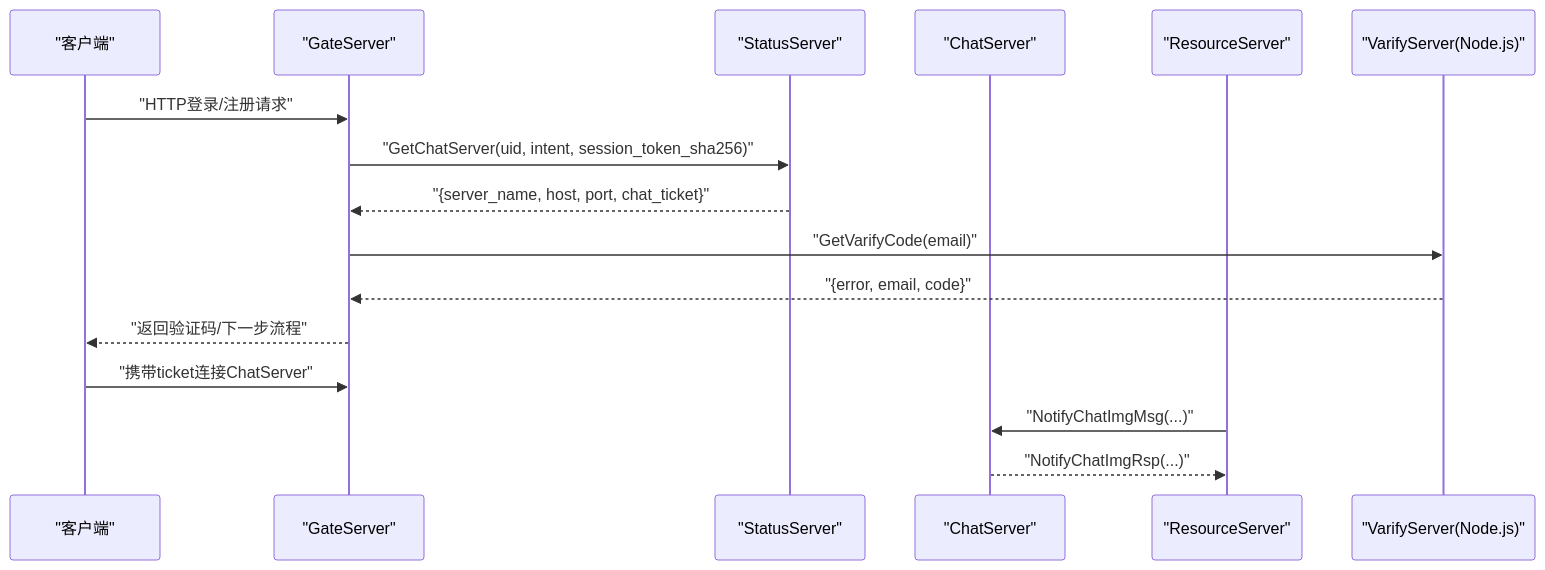
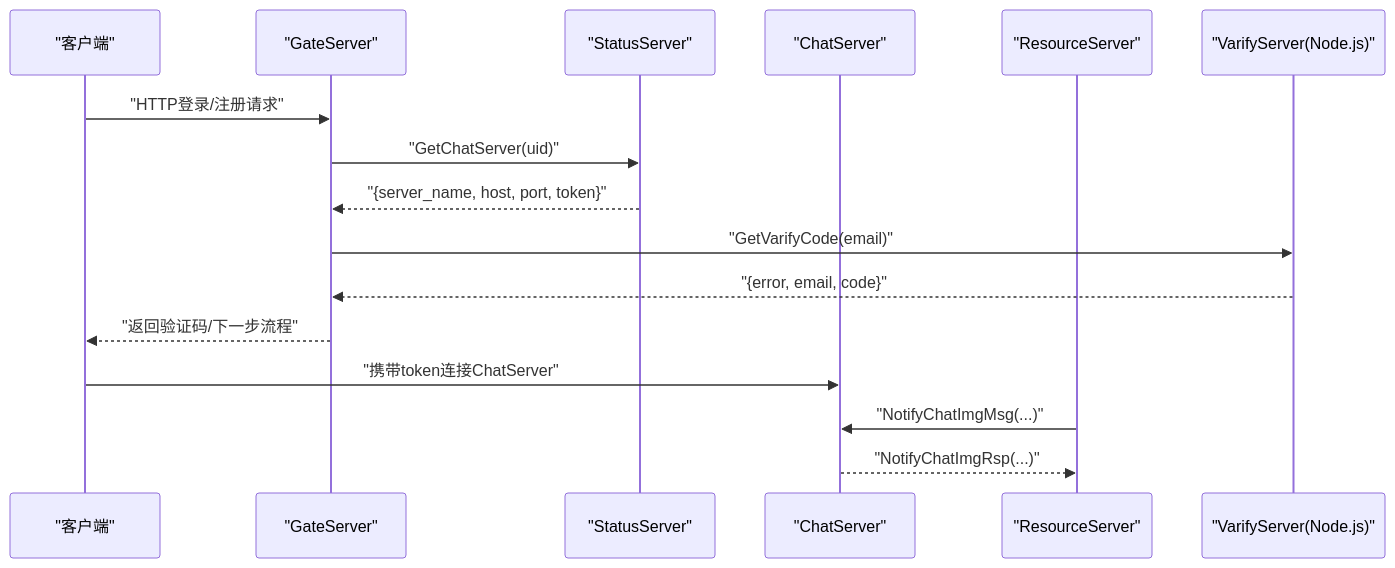
One commit to echo9923/mychatter changed the second of 6 diagrams in .qoder/repowiki/zh/content/架构设计/通信协议设计/gRPC接口设计.md. Above: the diagram before and after it, drawn with Mermaid. The commit also changed other lines of this file and 58 other files, not shown here.

````diff
--- a/.qoder/repowiki/zh/content/架构设计/通信协议设计/gRPC接口设计.md
+++ b/.qoder/repowiki/zh/content/架构设计/通信协议设计/gRPC接口设计.md
@@ -120,18 +134,18 @@
 ```mermaid
 sequenceDiagram
 participant Client as "客户端"
 participant Gate as "GateServer"
 participant Status as "StatusServer"
 participant Chat as "ChatServer"
 participant Res as "ResourceServer"
 participant Verify as "VarifyServer(Node.js)"
 Client->>Gate : "HTTP登录/注册请求"
-Gate->>Status : "GetChatServer(uid, intent, session_token_sha256)"
-Status-->>Gate : "{server_name, host, port, chat_ticket}"
+Gate->>Status : "GetChatServer(uid)"
+Status-->>Gate : "{server_name, host, port, token}"
 Gate->>Verify : "GetVarifyCode(email)"
 Verify-->>Gate : "{error, email, code}"
 Gate-->>Client : "返回验证码/下一步流程"
-Client->>Gate : "携带ticket连接ChatServer"
+Client->>Chat : "携带token连接ChatServer"
 Res->>Chat : "NotifyChatImgMsg(...)"
 Chat-->>Res : "NotifyChatImgRsp(...)"
 ```
````
